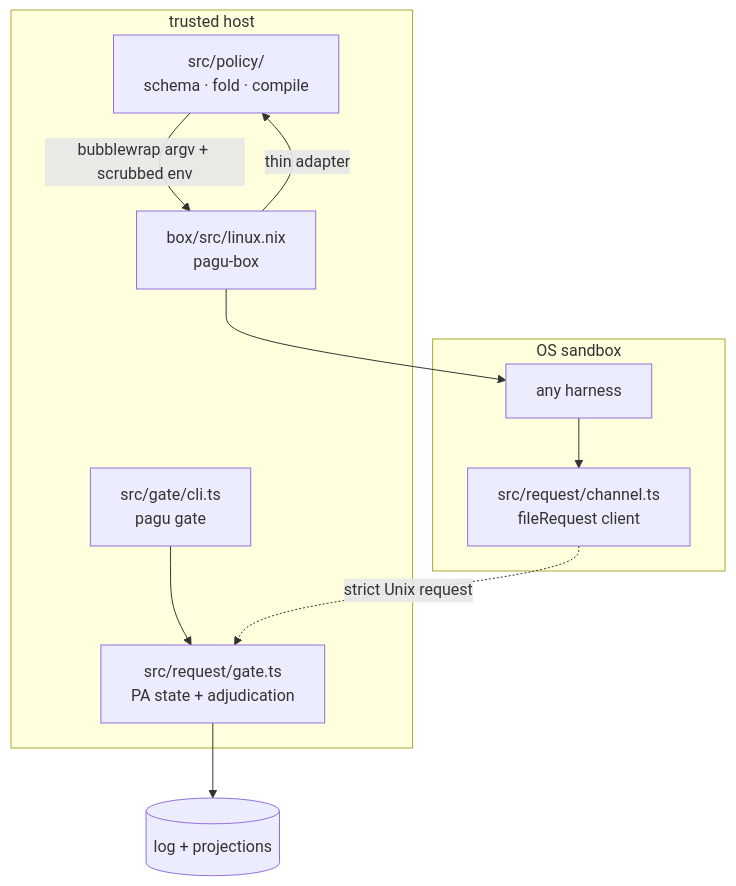
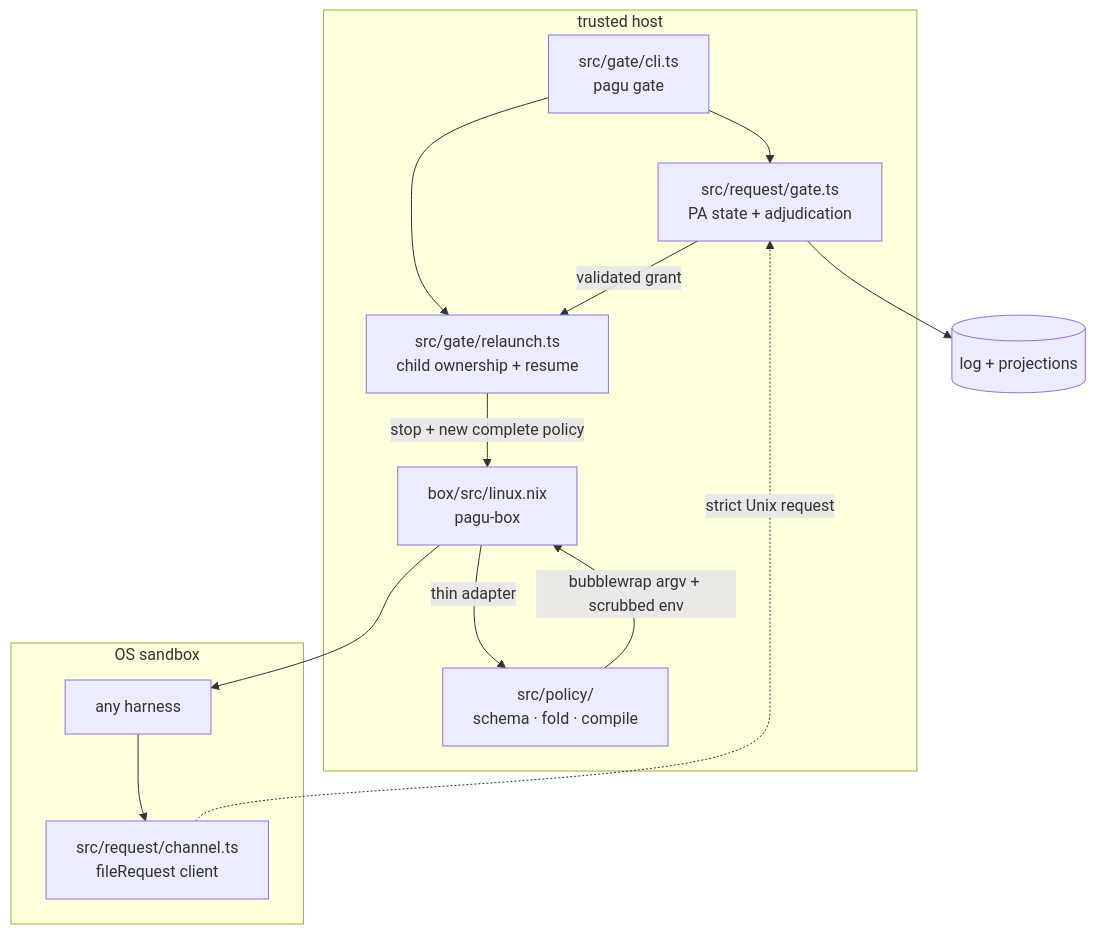
The diagram in docs/ARCHITECTURE.md (phibkro/pagu), drawn with Mermaid before and after one commit. The commit also changed other lines of this file and 36 other files, not shown here.

````diff
--- a/docs/ARCHITECTURE.md
+++ b/docs/ARCHITECTURE.md
@@ -10,21 +10,25 @@
 ```mermaid
 flowchart TB
     subgraph operator["trusted host"]
         GC["src/gate/cli.ts\npagu gate"]
+        R["src/gate/relaunch.ts\nchild ownership + resume"]
         G["src/request/gate.ts\nPA state + adjudication"]
         P["src/policy/\nschema · fold · compile"]
         BC["box/src/linux.nix\npagu-box"]
     end
     subgraph sandbox["OS sandbox"]
         H["any harness"]
         C["src/request/channel.ts\nfileRequest client"]
     end
 
     GC --> G
+    GC --> R
     BC -->|"thin adapter"| P
     P -->|"bubblewrap argv + scrubbed env"| BC
     BC --> H
     H --> C
     C -. "strict Unix request" .-> G
+    G -->|"validated grant"| R
+    R -->|"stop + new complete policy"| BC
     G --> L[("log + projections")]
 ```
````
